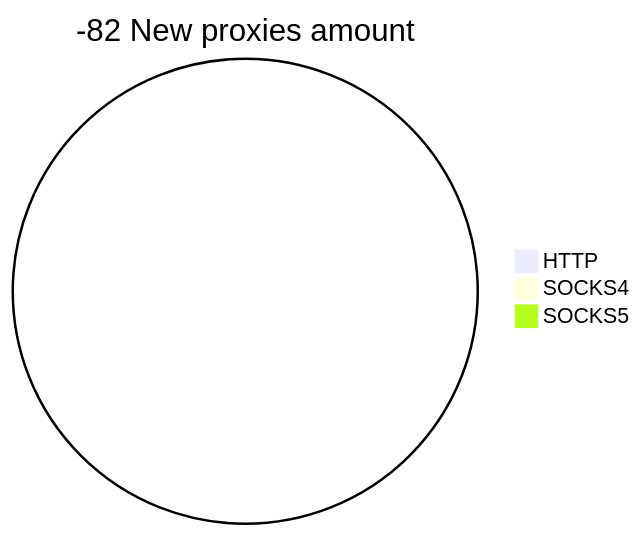
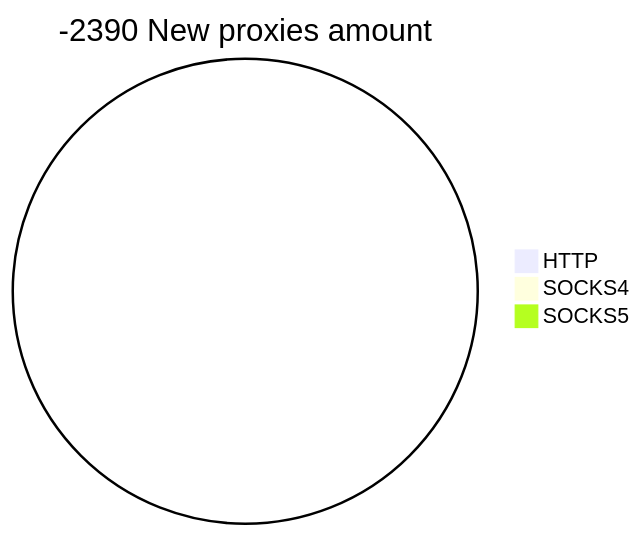
The second of 2 diagrams in README.md (cutipu/proxylist), drawn with Mermaid before and after one commit. The commit also changed other lines of this file, not shown here.

````diff
--- a/README.md
+++ b/README.md
@@ -10,6 +10,6 @@
 ```mermaid
-pie title -82 New proxies amount
+pie title -2390 New proxies amount
     "HTTP" : 0
     "SOCKS4" : 0
     "SOCKS5" : 0
 ```
````
